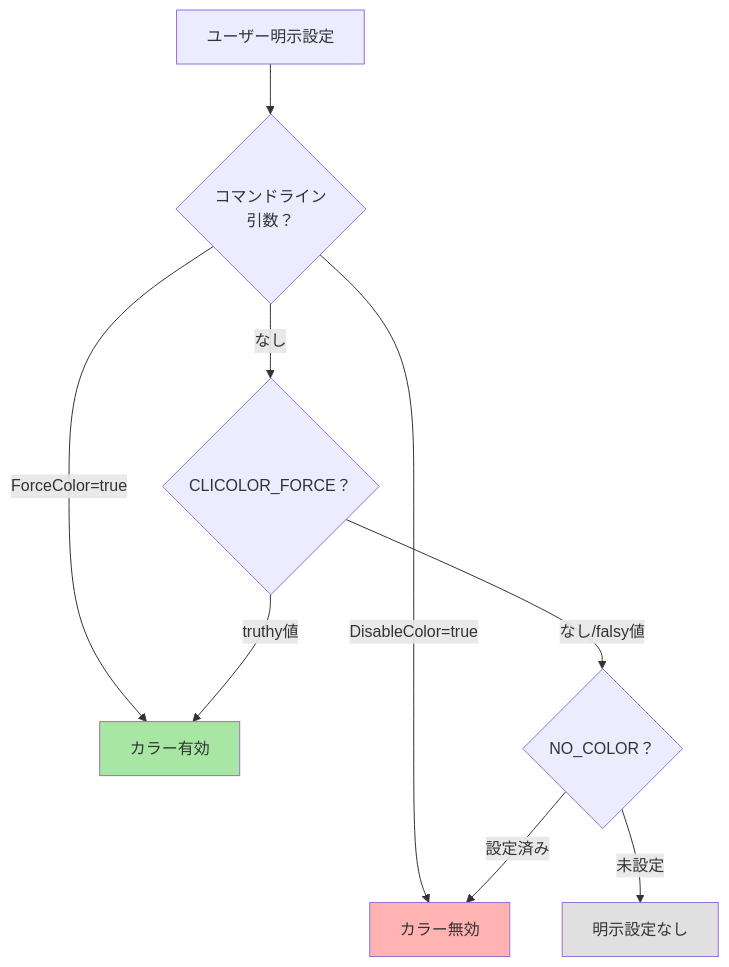
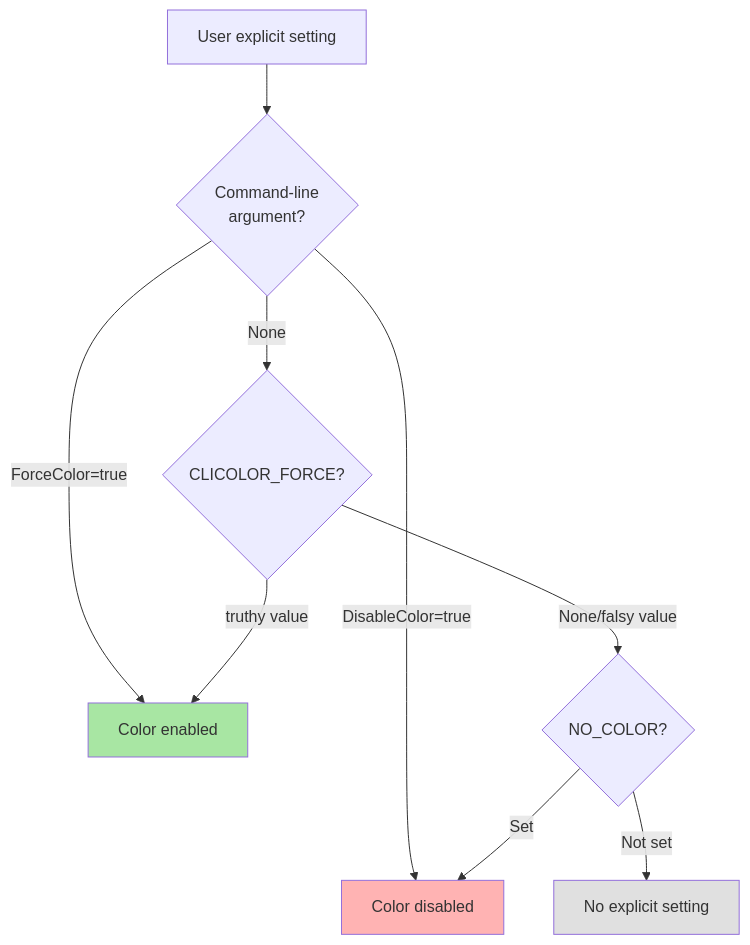
Before and after one commit to isseis/go-safe-cmd-runner: the third of 3 diagrams in docs/terminal-capabilities.md, drawn with Mermaid. The commit also changed other lines of this file and 4 other files, not shown here.

````diff
--- a/docs/terminal-capabilities.md
+++ b/docs/terminal-capabilities.md
@@ -83,15 +83,15 @@
 ```mermaid
 flowchart TD
-    A[ユーザー明示設定] --> B{コマンドライン<br/>引数？}
-    B -->|ForceColor=true| C[カラー有効]
-    B -->|DisableColor=true| D[カラー無効]
-    B -->|なし| E{CLICOLOR_FORCE？}
-    E -->|truthy値| C
-    E -->|なし/falsy値| F{NO_COLOR？}
-    F -->|設定済み| D
-    F -->|未設定| G[明示設定なし]
+    A[User explicit setting] --> B{Command-line<br/>argument?}
+    B -->|ForceColor=true| C[Color enabled]
+    B -->|DisableColor=true| D[Color disabled]
+    B -->|None| E{CLICOLOR_FORCE?}
+    E -->|truthy value| C
+    E -->|None/falsy value| F{NO_COLOR?}
+    F -->|Set| D
+    F -->|Not set| G[No explicit setting]
 
     style C fill:#a8e6a3
     style D fill:#ffb3b3
     style G fill:#e0e0e0
 ```
````
